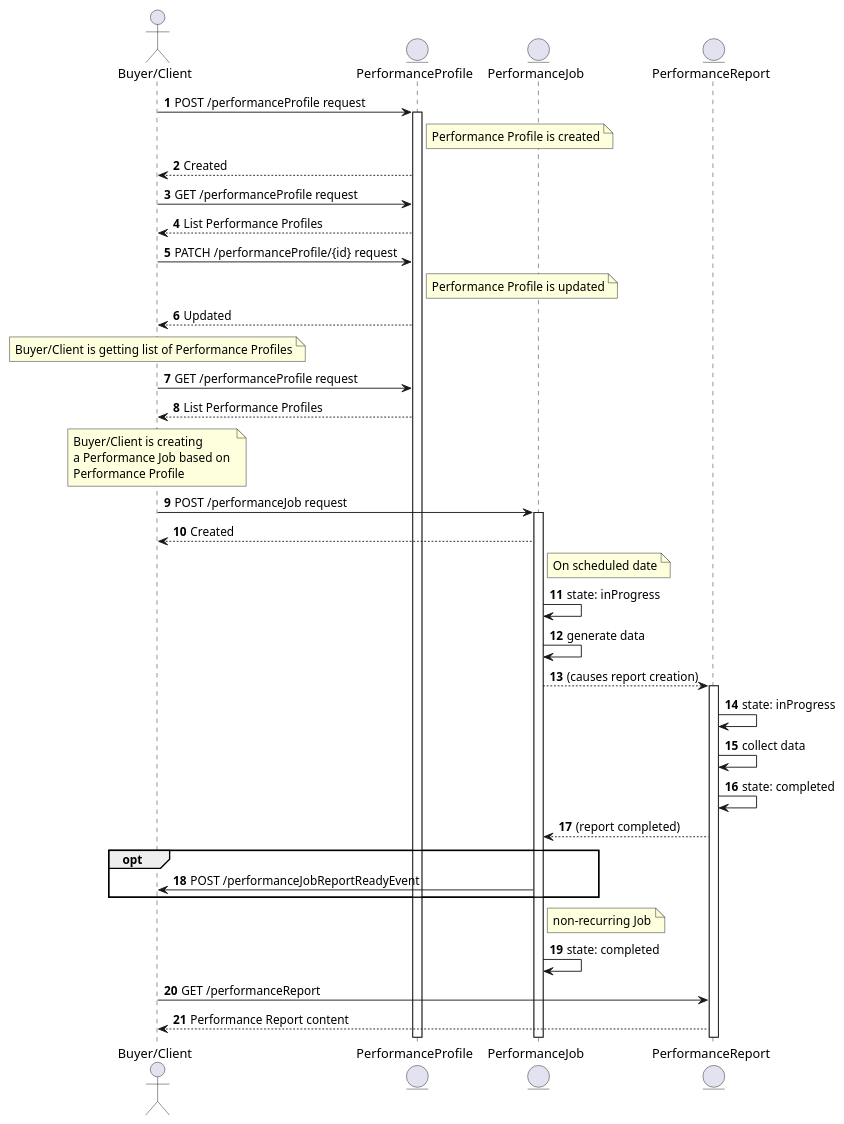
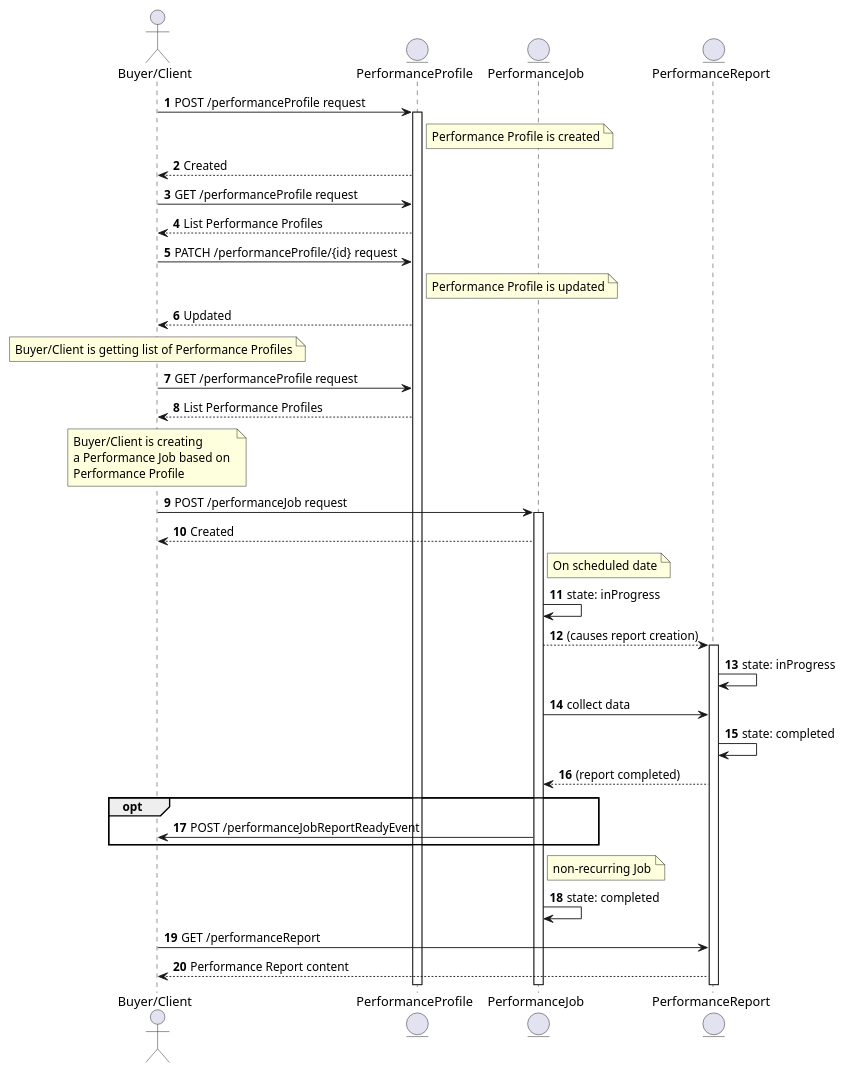
Before and after one commit to MEF-GIT/MEF-LSO-Interlude-SDK: the diagram in documentation/serviceApi/pm/performance/media/src/pmEntities.puml, drawn with PlantUML. The commit also changed 74 other files, not shown here.

```diff
--- a/documentation/serviceApi/pm/performance/media/src/pmEntities.puml
+++ b/documentation/serviceApi/pm/performance/media/src/pmEntities.puml
@@ -1,62 +1,60 @@
 @startuml pmEntities
 autonumber
 
 actor "Buyer/Client" as B
 
 entity PerformanceProfile as PP
 
 entity PerformanceJob as PJ
 entity PerformanceReport as PR
 
 
 B -> PP: POST /performanceProfile request
 activate PP
 note right of PP: Performance Profile is created 
 PP --> B: Created
 
 B -> PP: GET /performanceProfile request
 PP --> B: List Performance Profiles
 
 B -> PP: PATCH /performanceProfile/{id} request
 note right of PP: Performance Profile is updated
 PP --> B: Updated
 
 note over B: Buyer/Client is getting list of Performance Profiles
 B -> PP: GET /performanceProfile request
 
 PP --> B: List Performance Profiles
 
 note over B: Buyer/Client is creating \na Performance Job based on \nPerformance Profile
 B -> PJ: POST /performanceJob request
 activate PJ
 PJ --> B: Created
 
 note right of PJ: On scheduled date
 
 PJ -> PJ: state: inProgress
 
-PJ -> PJ: generate data
-
 PJ --> PR: (causes report creation)
 
 activate PR
 
 PR -> PR: state: inProgress
 
-PR -> PR: collect data
+PJ -> PR: collect data
 
 PR -> PR: state: completed
 
 PR --> PJ: (report completed)
 
 opt
     PJ -> B: POST /performanceJobReportReadyEvent
 end
 
 note right of PJ: non-recurring Job
 PJ -> PJ: state: completed
 
 B -> PR: GET /performanceReport
 PR --> B: Performance Report content
 
 @enduml
```
